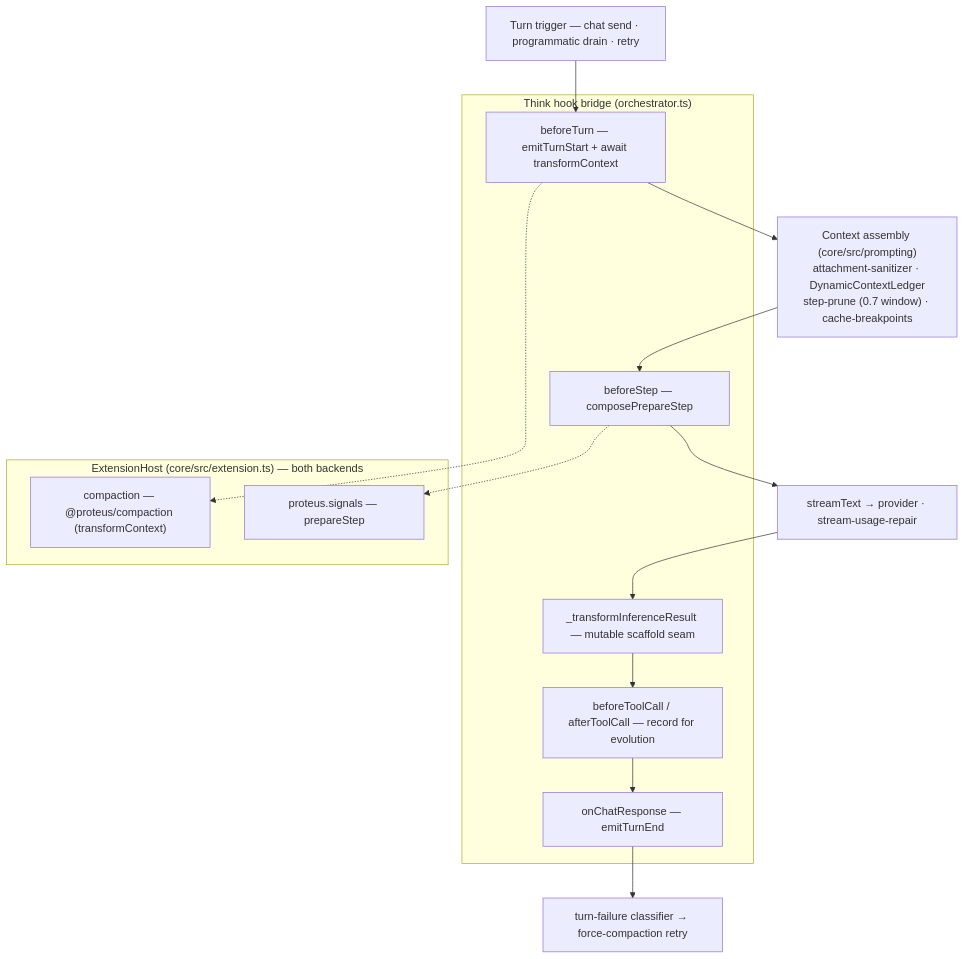
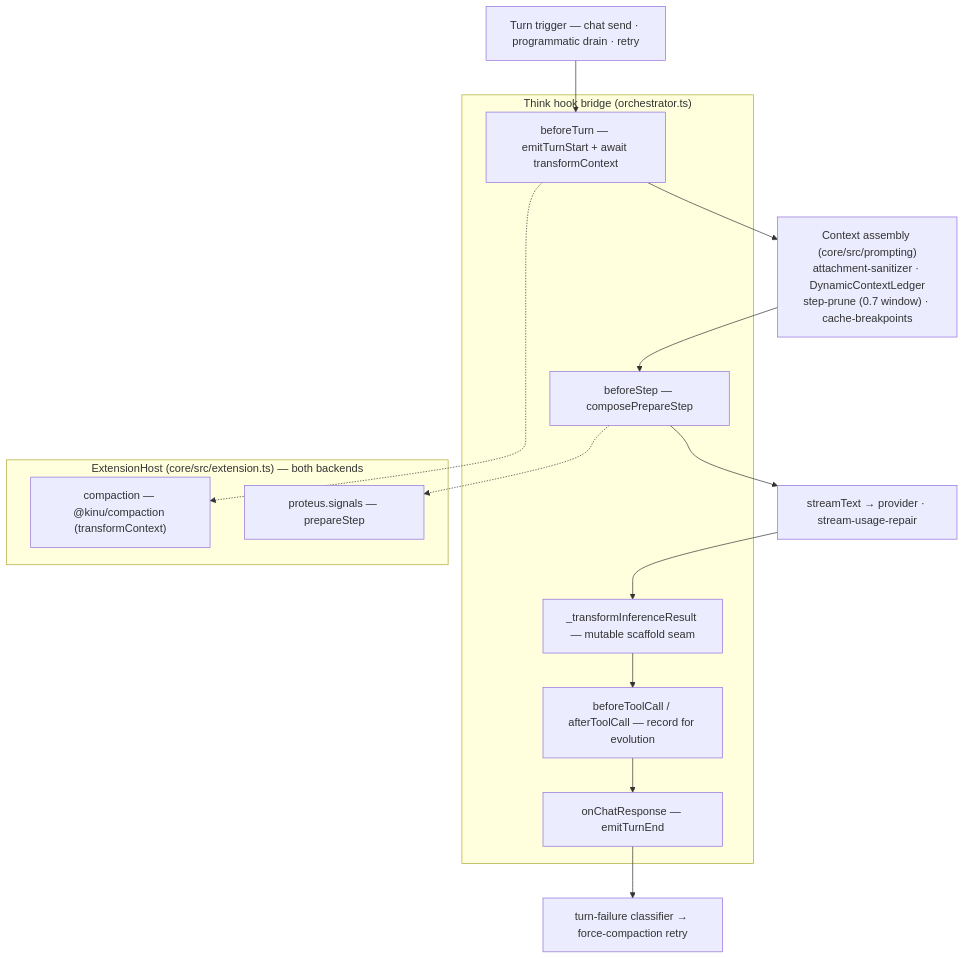
One commit to AshishKumar4/kinu changed the third of 5 diagrams in docs/ARCHITECTURE.md. Above: the diagram before and after it, drawn with Mermaid. The commit also changed other lines of this file and 522 other files, not shown here.

````diff
--- a/docs/ARCHITECTURE.md
+++ b/docs/ARCHITECTURE.md
@@ -175,25 +175,25 @@
 ```mermaid
 flowchart TB
     In["Turn trigger — chat send · programmatic drain · retry"]
 
     subgraph Bridge["Think hook bridge (orchestrator.ts)"]
         BT["beforeTurn — emitTurnStart + await transformContext"]
         BS["beforeStep — composePrepareStep"]
         TC["beforeToolCall / afterToolCall — record for evolution"]
         IT["_transformInferenceResult — mutable scaffold seam"]
         CR["onChatResponse — emitTurnEnd"]
     end
 
     subgraph Host["ExtensionHost (core/src/extension.ts) — both backends"]
-        Comp["compaction — @proteus/compaction (transformContext)"]
+        Comp["compaction — @kinu/compaction (transformContext)"]
         Inj["proteus.signals — prepareStep"]
     end
 
     Assembly["Context assembly (core/src/prompting)<br/>attachment-sanitizer · DynamicContextLedger<br/>step-prune (0.7 window) · cache-breakpoints"]
     Model["streamText → provider · stream-usage-repair"]
     Fail["turn-failure classifier → force-compaction retry"]
 
     In --> BT --> Assembly --> BS --> Model --> IT --> TC --> CR --> Fail
     BT -.-> Comp
     BS -.-> Inj
 ```
````
